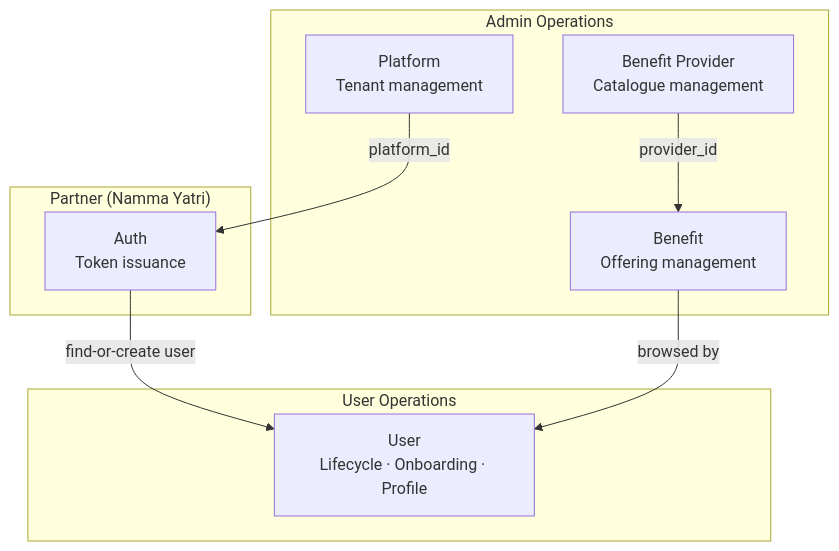
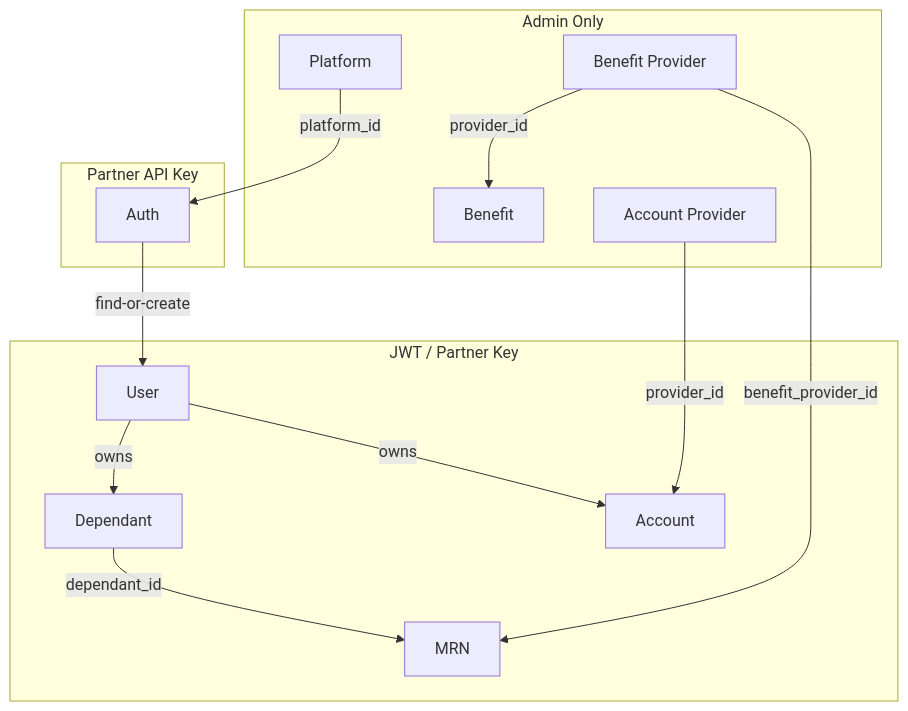
Before and after one commit to anu19981/aarokya-backend: the first of 2 diagrams in api-reference/modules/overview.mdx, drawn with Mermaid. The commit also changed other lines of this file and 15 other files, not shown here.

````diff
--- a/api-reference/modules/overview.mdx
+++ b/api-reference/modules/overview.mdx
@@ -8,19 +8,27 @@
 ```mermaid
 flowchart TD
-    subgraph Admin["Admin Operations"]
-        PLAT["Platform\nTenant management"]
-        BP["Benefit Provider\nCatalogue management"]
-        BEN["Benefit\nOffering management"]
+    subgraph Admin["Admin Only"]
+        PLAT[Platform]
+        BP[Benefit Provider]
+        BEN[Benefit]
+        AP[Account Provider]
     end
-    subgraph Partner["Partner (Namma Yatri)"]
-        AUTH["Auth\nToken issuance"]
+    subgraph Partner["Partner API Key"]
+        AUTH[Auth]
     end
-    subgraph User["User Operations"]
-        USR["User\nLifecycle · Onboarding · Profile"]
+    subgraph UserOps["JWT / Partner Key"]
+        USR[User]
+        DEP[Dependant]
+        ACC[Account]
+        MRN[MRN]
     end
 
-    PLAT -->|"platform_id"| AUTH
-    AUTH -->|"find-or-create user"| USR
-    BP -->|"provider_id"| BEN
-    BEN -->|"browsed by"| USR
+    PLAT -->|platform_id| AUTH
+    AUTH -->|find-or-create| USR
+    USR -->|owns| DEP
+    USR -->|owns| ACC
+    AP -->|provider_id| ACC
+    BP -->|provider_id| BEN
+    DEP -->|dependant_id| MRN
+    BP -->|benefit_provider_id| MRN
 ```
````
